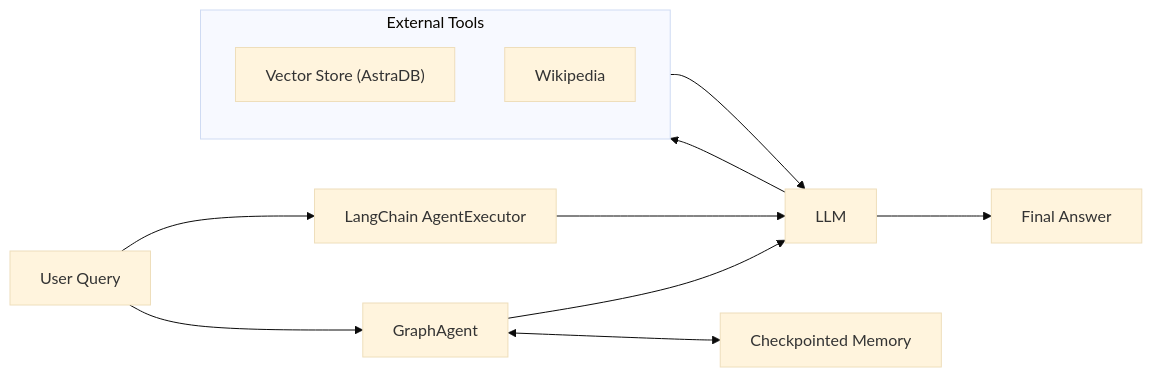
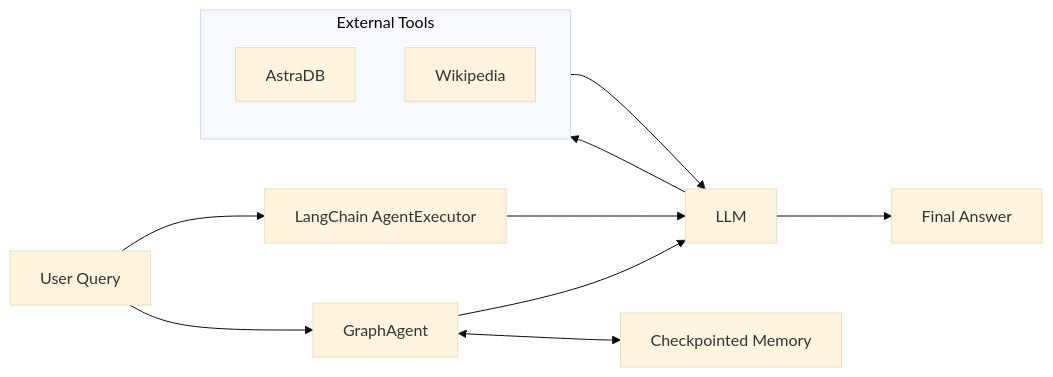
Before and after one commit to AmanShaikh-IN/Stateful-Agent-System: the diagram in README.md, drawn with Mermaid (base theme).

````diff
--- a/README.md
+++ b/README.md
@@ -26,30 +26,30 @@
 ```mermaid
 flowchart LR
     U["User Query"]
     LC_AGENT["LangChain AgentExecutor"]
     LG_AGENT["GraphAgent"]
     MEM["Checkpointed Memory"]
 
     subgraph TOOLS["External Tools"]
-        VS["Vector Store (AstraDB)"]
+        VS["AstraDB"]
         WK["Wikipedia"]
     end
 
     LLM["LLM"]
     RESP["Final Answer"]
 
     U --> LC_AGENT
     U --> LG_AGENT
 
     LC_AGENT --> LLM
     LG_AGENT --> LLM
 
     LG_AGENT <--> MEM
 
     LLM --> TOOLS
 
     TOOLS --> LLM
 
     LLM --> RESP
 
 ``` 
````
